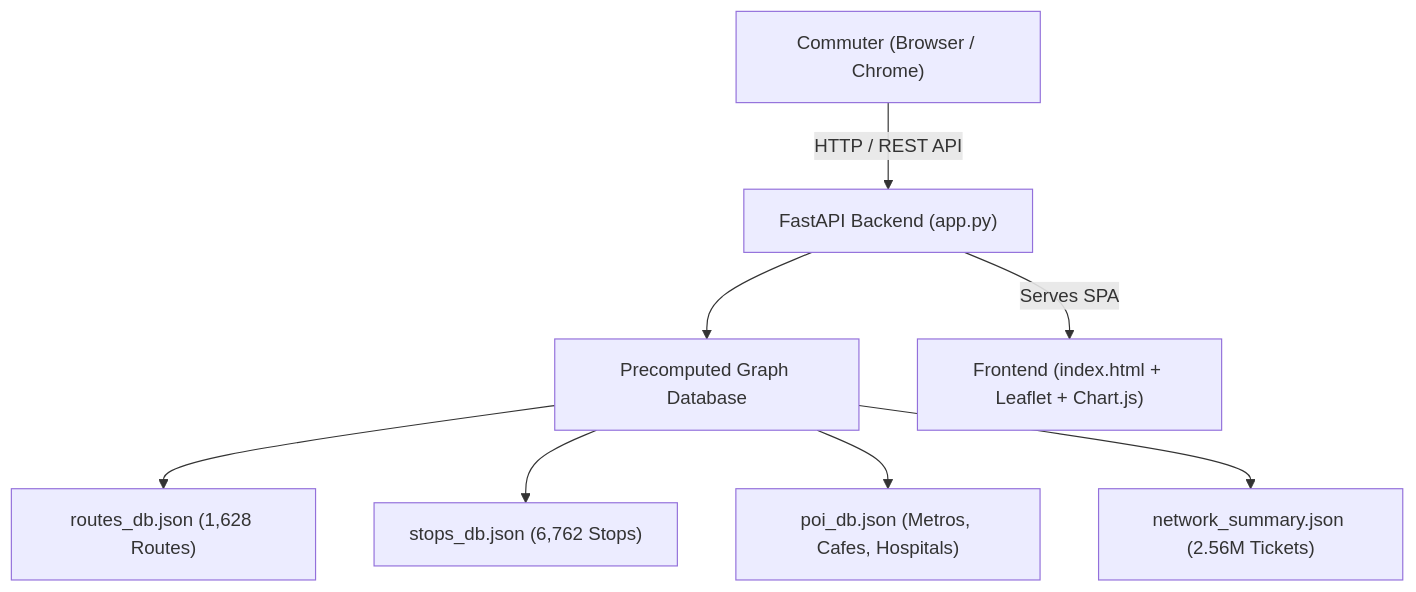
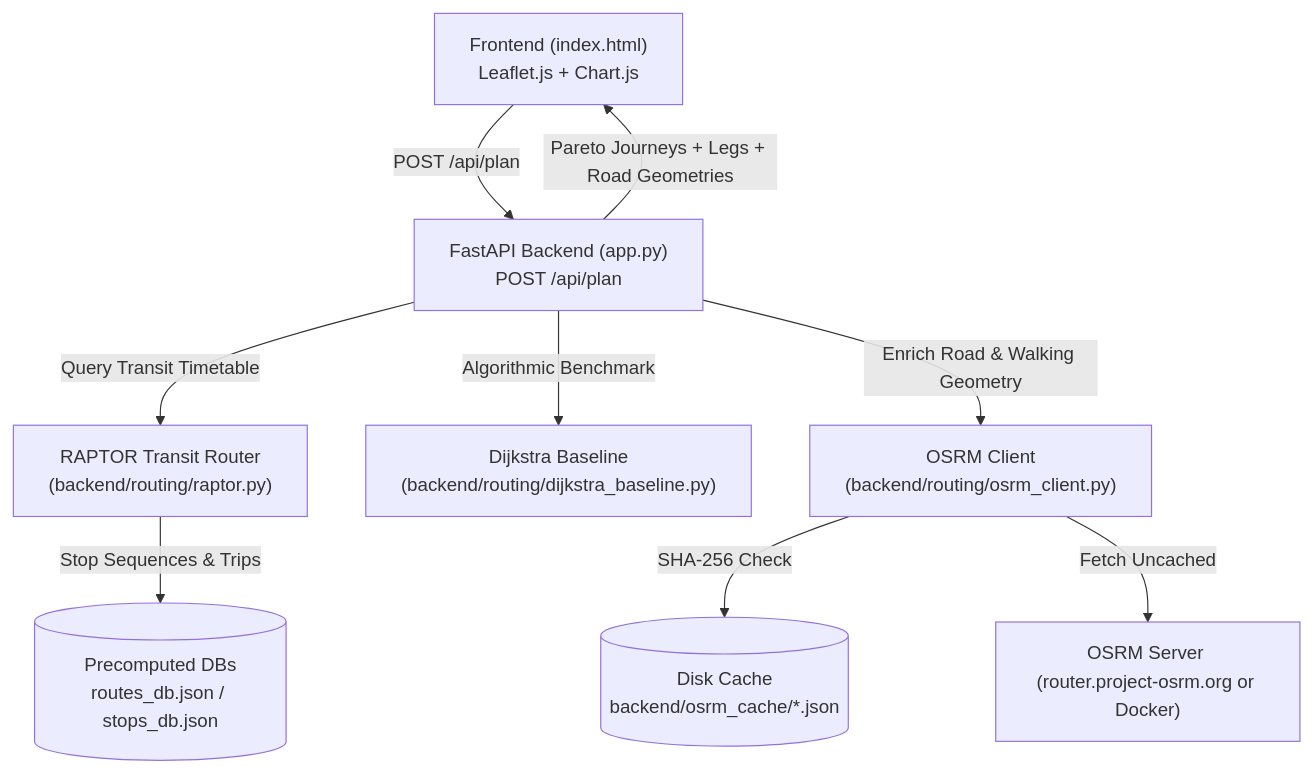
One commit to Vyom1409/crowdwise changed the diagram in README.md. Above: the diagram before and after it, drawn with Mermaid. The commit also changed other lines of this file and 39 other files, not shown here.

Commit message:
Implement RAPTOR routing engine, OSRM multi-leg client, Pareto crowd optimization, and Dijkstra benchmarks

````diff
--- a/README.md
+++ b/README.md
@@ -51,10 +47,19 @@
 ```mermaid
 flowchart TD
-    A["Commuter (Browser / Chrome)"] -->|"HTTP / REST API"| B["FastAPI Backend (app.py)"]
-    B --> C["Precomputed Graph Database"]
-    C --> C1["routes_db.json (1,628 Routes)"]
-    C --> C2["stops_db.json (6,762 Stops)"]
-    C --> C3["poi_db.json (Metros, Cafes, Hospitals)"]
-    C --> C4["network_summary.json (2.56M Tickets)"]
-    B -->|"Serves SPA"| D["Frontend (index.html + Leaflet + Chart.js)"]
+    Client["Frontend (index.html)<br>Leaflet.js + Chart.js"]
+    API["FastAPI Backend (app.py)<br>POST /api/plan"]
+    RAPTOR["RAPTOR Transit Router<br>(backend/routing/raptor.py)"]
+    Dijkstra["Dijkstra Baseline<br>(backend/routing/dijkstra_baseline.py)"]
+    OSRM["OSRM Client<br>(backend/routing/osrm_client.py)"]
+    Cache[("Disk Cache<br>backend/osrm_cache/*.json")]
+    Data[("Precomputed DBs<br>routes_db.json / stops_db.json")]
+
+    Client -->|POST /api/plan| API
+    API -->|Query Transit Timetable| RAPTOR
+    RAPTOR -->|Stop Sequences & Trips| Data
+    API -->|Enrich Road & Walking Geometry| OSRM
+    OSRM -->|SHA-256 Check| Cache
+    OSRM -->|Fetch Uncached| RemoteOSRM["OSRM Server (router.project-osrm.org or Docker)"]
+    API -->|Algorithmic Benchmark| Dijkstra
+    API -->|Pareto Journeys + Legs + Road Geometries| Client
 ```
````
